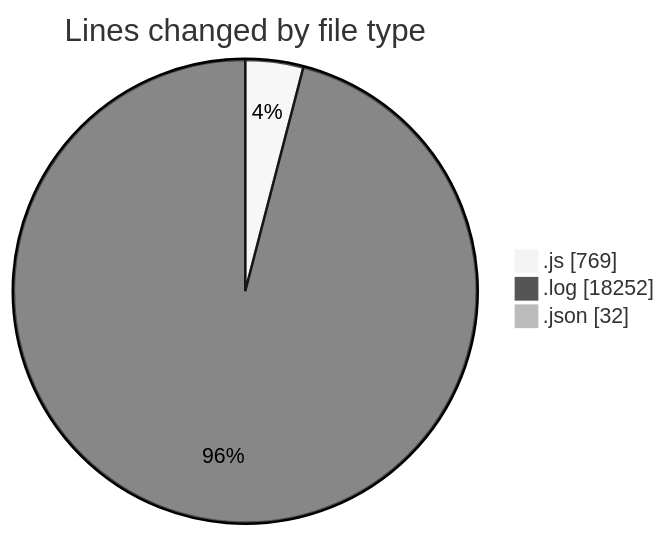
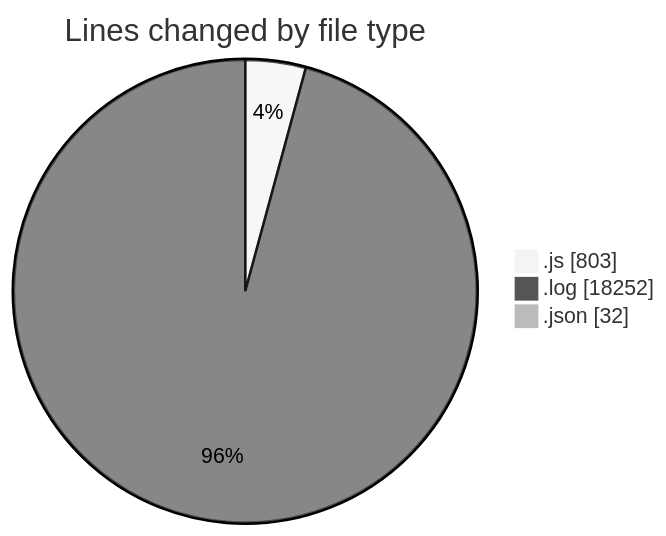
Before and after one commit to nxtqubesakshisongat/code-tracking: the first of 2 diagrams in 2025-04-15/nxtqube_webapp/README.md, drawn with Mermaid (neutral theme). The commit also changed other lines of this file and 1 other file, not shown here.

````diff
--- a/2025-04-15/nxtqube_webapp/README.md
+++ b/2025-04-15/nxtqube_webapp/README.md
@@ -36,7 +36,7 @@
 ```mermaid
 pie showData
 title Lines changed by file type
-".js" : 769
+".js" : 803
 ".log" : 18252
 ".json" : 32
 ```
````
